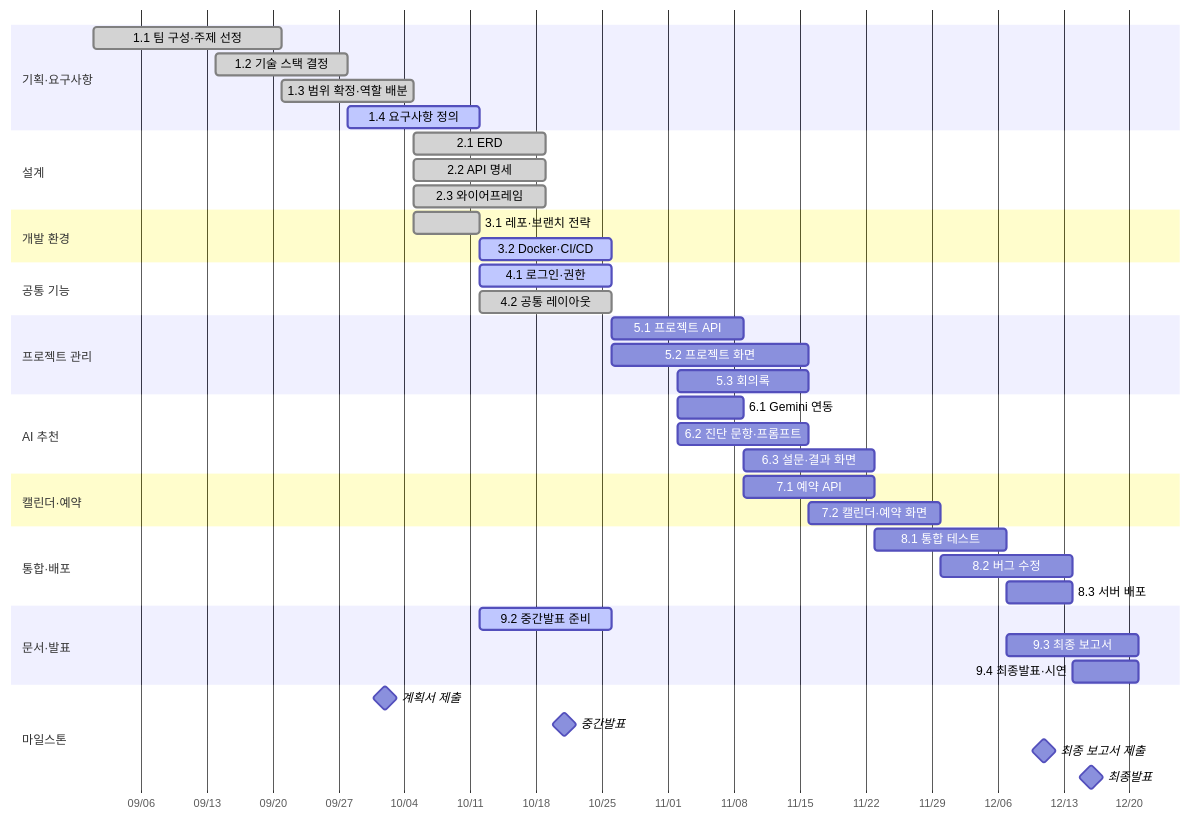
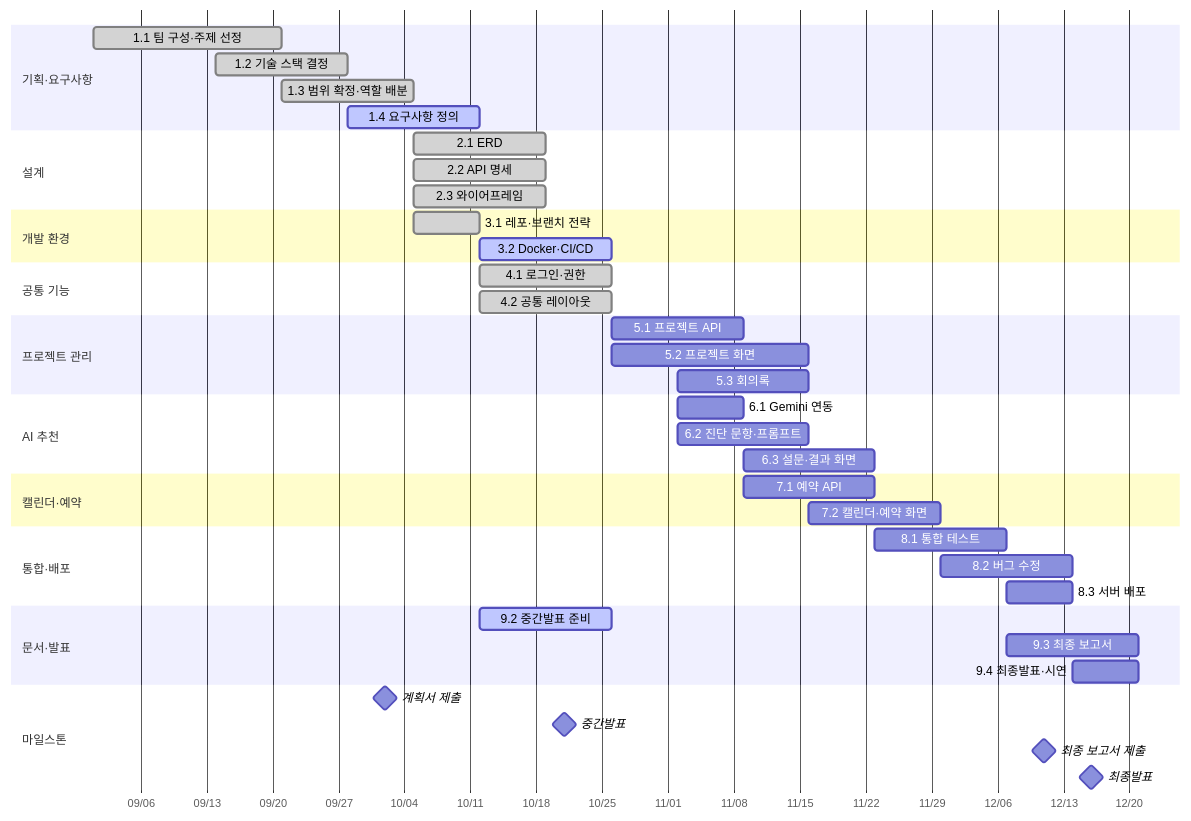
One commit to Opal1031/PKNU_SE_CERT-IS_Scheduler changed the first of 2 diagrams in README.md. Above: the diagram before and after it, drawn with Mermaid. The commit also changed other lines of this file and 3 other files, not shown here.

````diff
--- a/README.md
+++ b/README.md
@@ -55,46 +55,46 @@
 ```mermaid
 gantt
     dateFormat YYYY-MM-DD
     axisFormat %m/%d
     tickInterval 1week
 
     section 기획·요구사항
     1.1 팀 구성·주제 선정 :done, t11, 2026-09-01, 2026-09-21
     1.2 기술 스택 결정 :done, t12, 2026-09-14, 2026-09-28
     1.3 범위 확정·역할 배분 :done, t13, 2026-09-21, 2026-10-05
     1.4 요구사항 정의 :active, t14, 2026-09-28, 2026-10-12
     section 설계
     2.1 ERD :done, t21, 2026-10-05, 2026-10-19
     2.2 API 명세 :done, t22, 2026-10-05, 2026-10-19
     2.3 와이어프레임 :done, t23, 2026-10-05, 2026-10-19
     section 개발 환경
     3.1 레포·브랜치 전략 :done, t31, 2026-10-05, 2026-10-12
     3.2 Docker·CI/CD :active, t32, 2026-10-12, 2026-10-26
     section 공통 기능
-    4.1 로그인·권한 :active, t41, 2026-10-12, 2026-10-26
+    4.1 로그인·권한 :done, t41, 2026-10-12, 2026-10-26
     4.2 공통 레이아웃 :done, t42, 2026-10-12, 2026-10-26
     section 프로젝트 관리
     5.1 프로젝트 API :t51, 2026-10-26, 2026-11-09
     5.2 프로젝트 화면 :t52, 2026-10-26, 2026-11-16
     5.3 회의록 :t53, 2026-11-02, 2026-11-16
     section AI 추천
     6.1 Gemini 연동 :t61, 2026-11-02, 2026-11-09
     6.2 진단 문항·프롬프트 :t62, 2026-11-02, 2026-11-16
     6.3 설문·결과 화면 :t63, 2026-11-09, 2026-11-23
     section 캘린더·예약
     7.1 예약 API :t71, 2026-11-09, 2026-11-23
     7.2 캘린더·예약 화면 :t72, 2026-11-16, 2026-11-30
     section 통합·배포
     8.1 통합 테스트 :t81, 2026-11-23, 2026-12-07
     8.2 버그 수정 :t82, 2026-11-30, 2026-12-14
     8.3 서버 배포 :t83, 2026-12-07, 2026-12-14
     section 문서·발표
     9.2 중간발표 준비 :active, t92, 2026-10-12, 2026-10-26
     9.3 최종 보고서 :t93, 2026-12-07, 2026-12-21
     9.4 최종발표·시연 :t94, 2026-12-14, 2026-12-21
     section 마일스톤
     계획서 제출 :milestone, m1, 2026-10-02, 0d
     중간발표 :milestone, m2, 2026-10-21, 0d
     최종 보고서 제출 :milestone, m3, 2026-12-11, 0d
     최종발표 :milestone, m4, 2026-12-16, 0d
 ```
````
